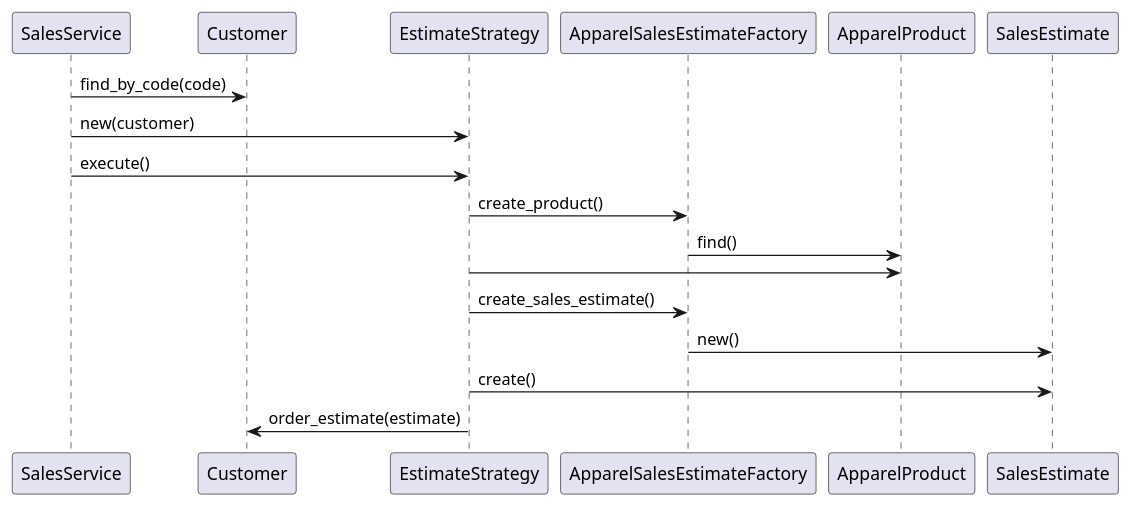
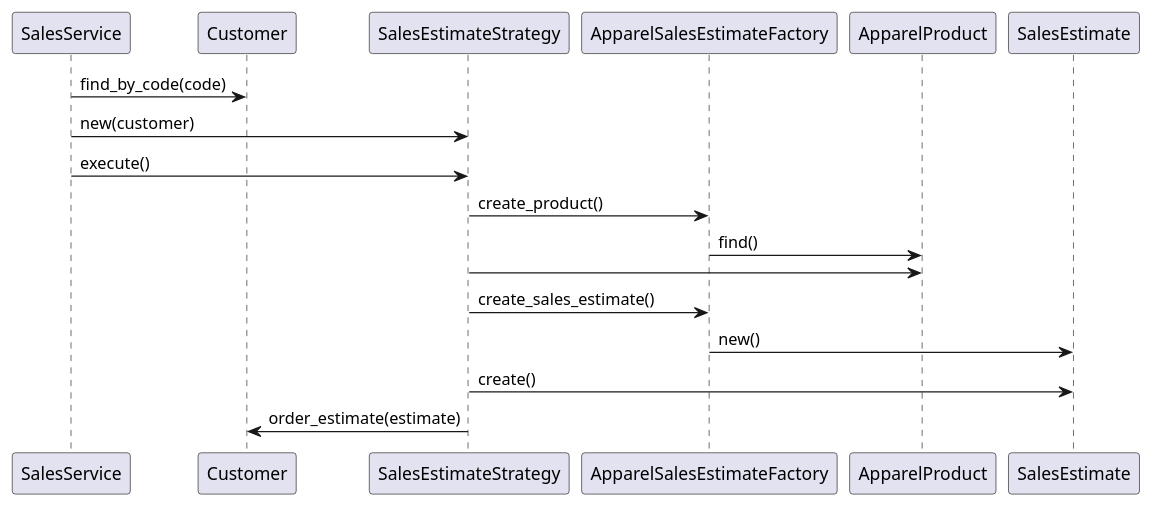
Before and after one commit to k2works/etude_for_rails: the fifth of 7 diagrams in docs/dev/sales_modeling/sales.md, drawn with PlantUML. The commit also changed other lines of this file and 7 other files, not shown here.

````diff
--- a/docs/dev/sales_modeling/sales.md
+++ b/docs/dev/sales_modeling/sales.md
@@ -187,12 +180,12 @@
 ```puml
 SalesService -> Customer :find_by_code(code)
-SalesService -> EstimateStrategy :new(customer)
-SalesService -> EstimateStrategy :execute()
-EstimateStrategy -> ApparelSalesEstimateFactory :create_product()
+SalesService -> SalesEstimateStrategy :new(customer)
+SalesService -> SalesEstimateStrategy :execute()
+SalesEstimateStrategy -> ApparelSalesEstimateFactory :create_product()
 ApparelSalesEstimateFactory -> ApparelProduct :find()
-EstimateStrategy -> ApparelProduct
-EstimateStrategy -> ApparelSalesEstimateFactory :create_sales_estimate()
+SalesEstimateStrategy -> ApparelProduct
+SalesEstimateStrategy -> ApparelSalesEstimateFactory :create_sales_estimate()
 ApparelSalesEstimateFactory -> SalesEstimate :new()
-EstimateStrategy -> SalesEstimate :create()
-EstimateStrategy -> Customer :order_estimate(estimate)
+SalesEstimateStrategy -> SalesEstimate :create()
+SalesEstimateStrategy -> Customer :order_estimate(estimate)
 ```
````
